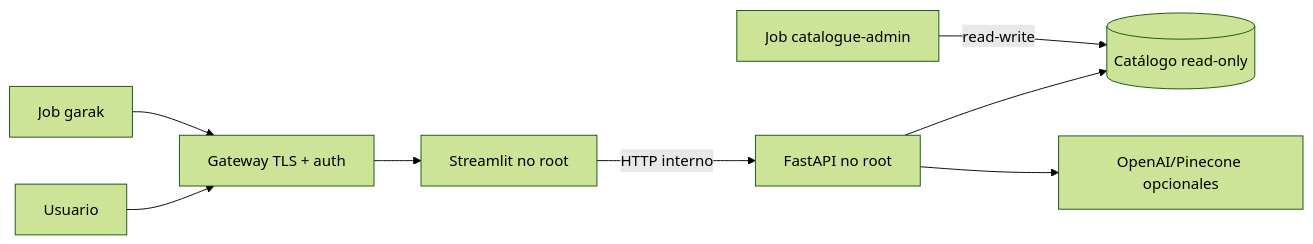
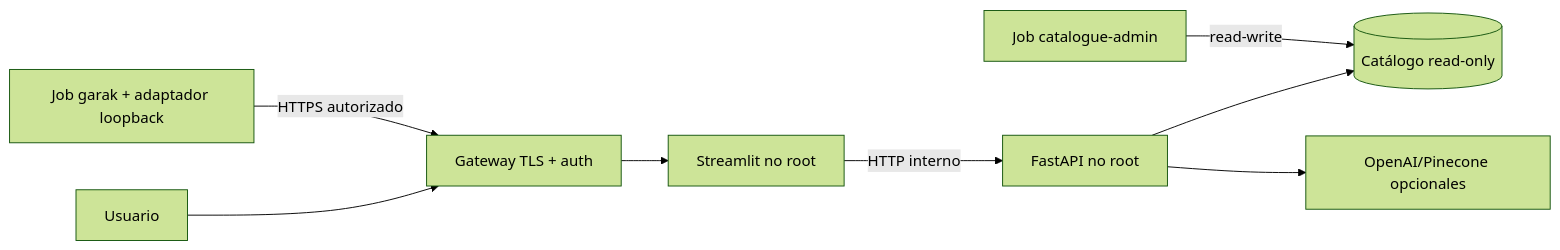
The second of 2 diagrams in docs/architecture.md (gusjrivas/PLN3_AgroRAG_GJR), drawn with Mermaid (forest theme) before and after one commit. The commit also changed other lines of this file and 26 other files, not shown here.

````diff
--- a/docs/architecture.md
+++ b/docs/architecture.md
@@ -43,10 +46,10 @@
 ```mermaid
 flowchart LR
   USER[Usuario] --> GW[Gateway TLS + auth]
   GW --> UI2[Streamlit no root]
   UI2 -->|HTTP interno| API2[FastAPI no root]
   API2 --> CAT[(Catálogo read-only)]
   ADMIN[Job catalogue-admin] -->|read-write| CAT
   API2 --> EXT[OpenAI/Pinecone opcionales]
-  GARAK[Job garak] --> GW
+  GARAK[Job garak + adaptador loopback] -->|HTTPS autorizado| GW
 ```
````
